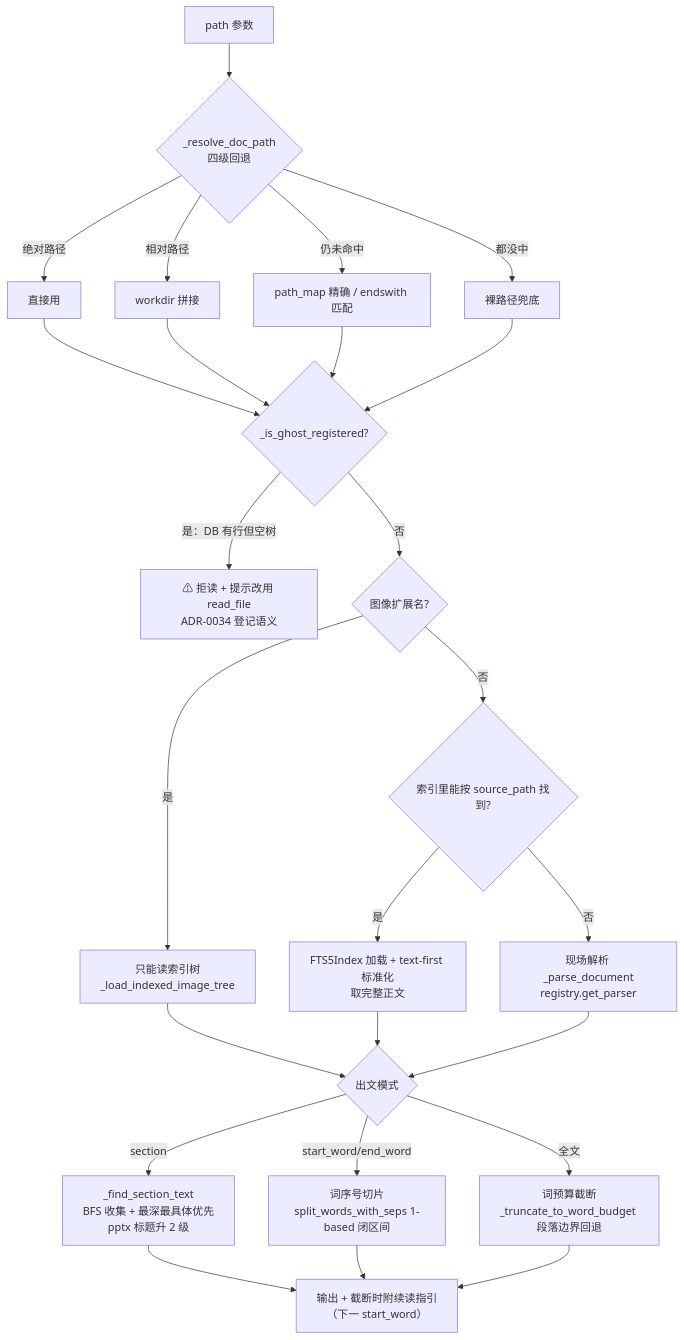
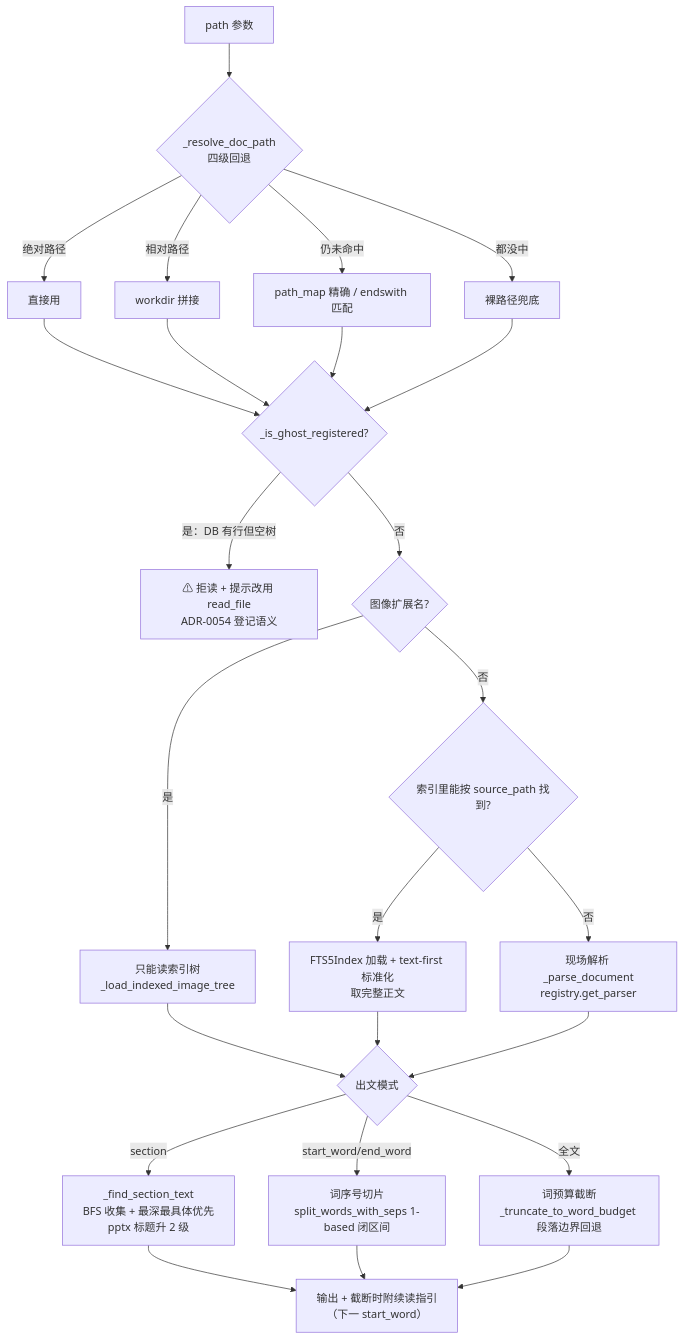
Before and after one commit to zhlhaohao/doclens: the third of 6 diagrams in repo_wiki/search-kb.md, drawn with Mermaid. The commit also changed 82 other files, not shown here.

````diff
--- a/repo_wiki/search-kb.md
+++ b/repo_wiki/search-kb.md
@@ -159,20 +159,20 @@
 ```mermaid
 flowchart TD
     A[path 参数] --> B{_resolve_doc_path<br/>四级回退}
     B -->|绝对路径| C[直接用]
     B -->|相对路径| D[workdir 拼接]
     B -->|仍未命中| E[path_map 精确 / endswith 匹配]
     B -->|都没中| F[裸路径兜底]
     C & D & E & F --> G{_is_ghost_registered?}
-    G -->|是：DB 有行但空树| H[⚠ 拒读 + 提示改用 read_file<br/>ADR-0034 登记语义]
+    G -->|是：DB 有行但空树| H[⚠ 拒读 + 提示改用 read_file<br/>ADR-0054 登记语义]
     G -->|否| I{图像扩展名?}
     I -->|是| J[只能读索引树<br/>_load_indexed_image_tree]
     I -->|否| K{索引里能按 source_path 找到?}
     K -->|是| L[FTS5Index 加载 + text-first 标准化<br/>取完整正文]
     K -->|否| M[现场解析 _parse_document<br/>registry.get_parser]
     J & L & M --> N{出文模式}
     N -->|section| O[_find_section_text<br/>BFS 收集 + 最深最具体优先<br/>pptx 标题升 2 级]
     N -->|start_word/end_word| P[词序号切片<br/>split_words_with_seps 1-based 闭区间]
     N -->|全文| Q[词预算截断<br/>_truncate_to_word_budget 段落边界回退]
     O & P & Q --> R[输出 + 截断时附续读指引<br/>（下一 start_word）]
 ```
````
